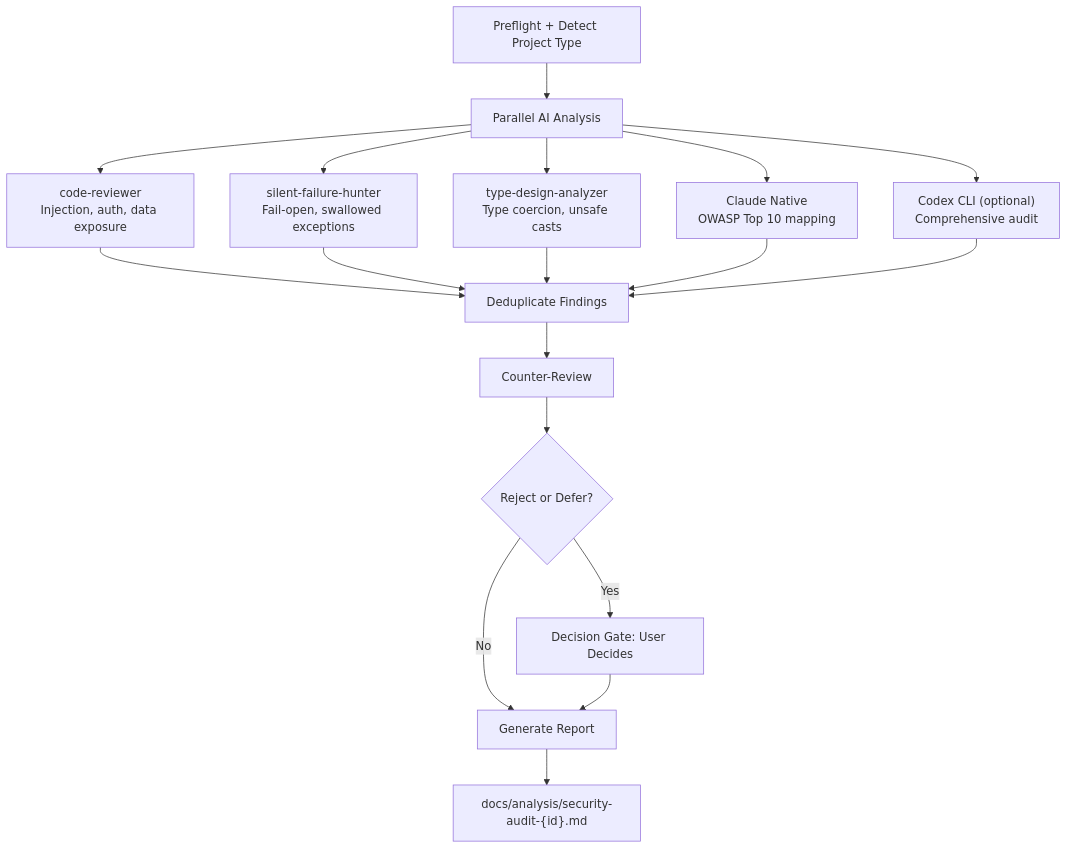
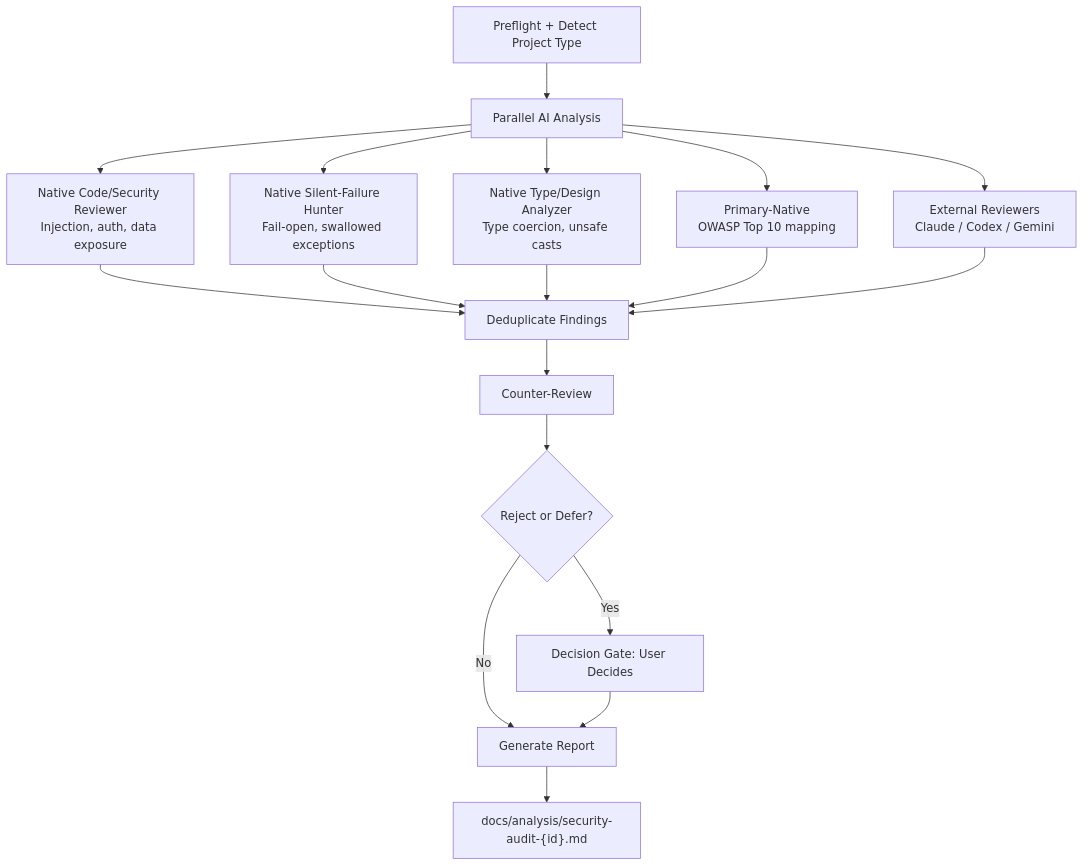
Before and after one commit to anbuneel/agentic-engineering: the sixth of 8 diagrams in docs/SKILLS_GUIDE.md, drawn with Mermaid. The commit also changed other lines of this file and 14 other files, not shown here.

````diff
--- a/docs/SKILLS_GUIDE.md
+++ b/docs/SKILLS_GUIDE.md
@@ -188,19 +196,19 @@
 ```mermaid
 graph TD
     A[Preflight + Detect Project Type] --> B[Parallel AI Analysis]
 
-    B --> C[code-reviewer\nInjection, auth, data exposure]
-    B --> D[silent-failure-hunter\nFail-open, swallowed exceptions]
-    B --> E[type-design-analyzer\nType coercion, unsafe casts]
-    B --> F[Claude Native\nOWASP Top 10 mapping]
-    B --> G["Codex CLI (optional)\nComprehensive audit"]
+    B --> C[Native Code/Security Reviewer\nInjection, auth, data exposure]
+    B --> D[Native Silent-Failure Hunter\nFail-open, swallowed exceptions]
+    B --> E[Native Type/Design Analyzer\nType coercion, unsafe casts]
+    B --> F[Primary-Native\nOWASP Top 10 mapping]
+    B --> G["External Reviewers\nClaude / Codex / Gemini"]
 
     C & D & E & F & G --> H[Deduplicate Findings]
     H --> I[Counter-Review]
     I --> J{Reject or Defer?}
     J -- Yes --> K[Decision Gate: User Decides]
     J -- No --> L[Generate Report]
     K --> L
 
     L --> M["docs/analysis/security-audit-{id}.md"]
 ```
````
